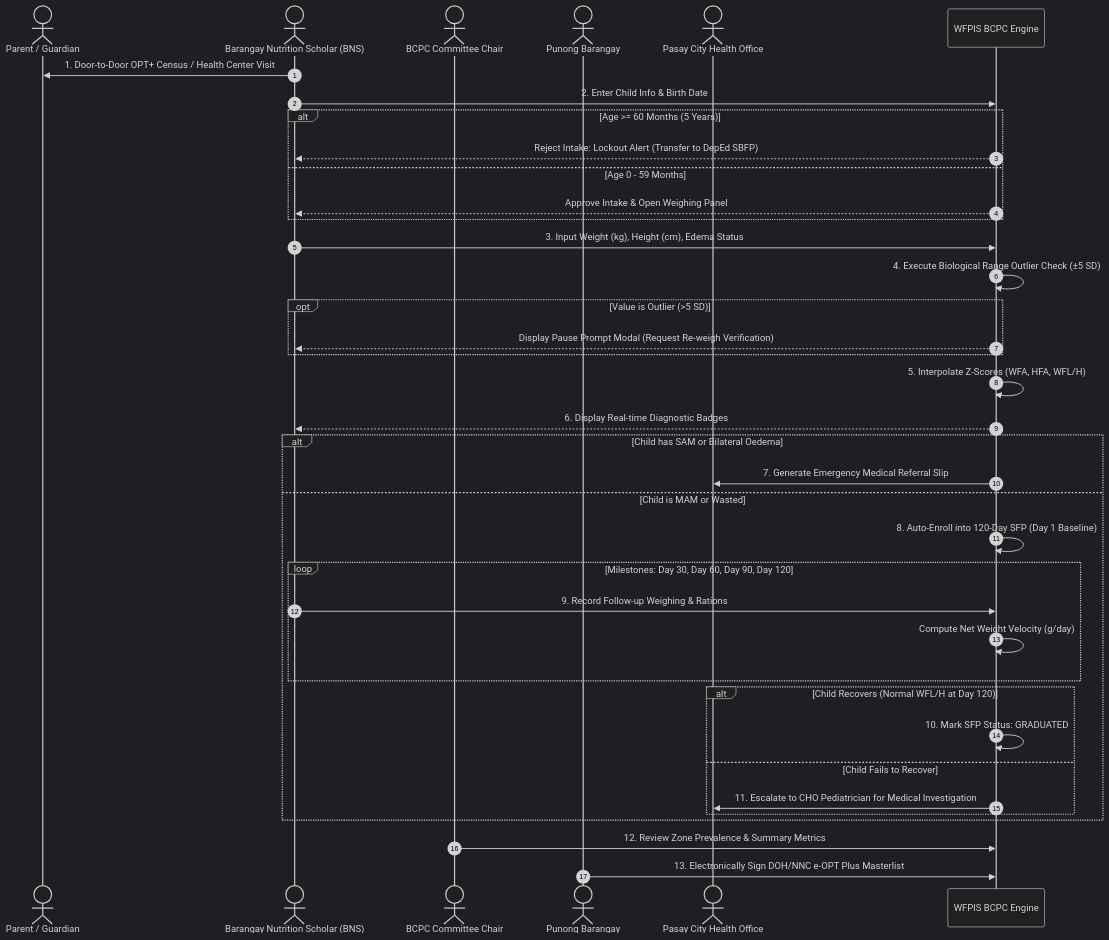
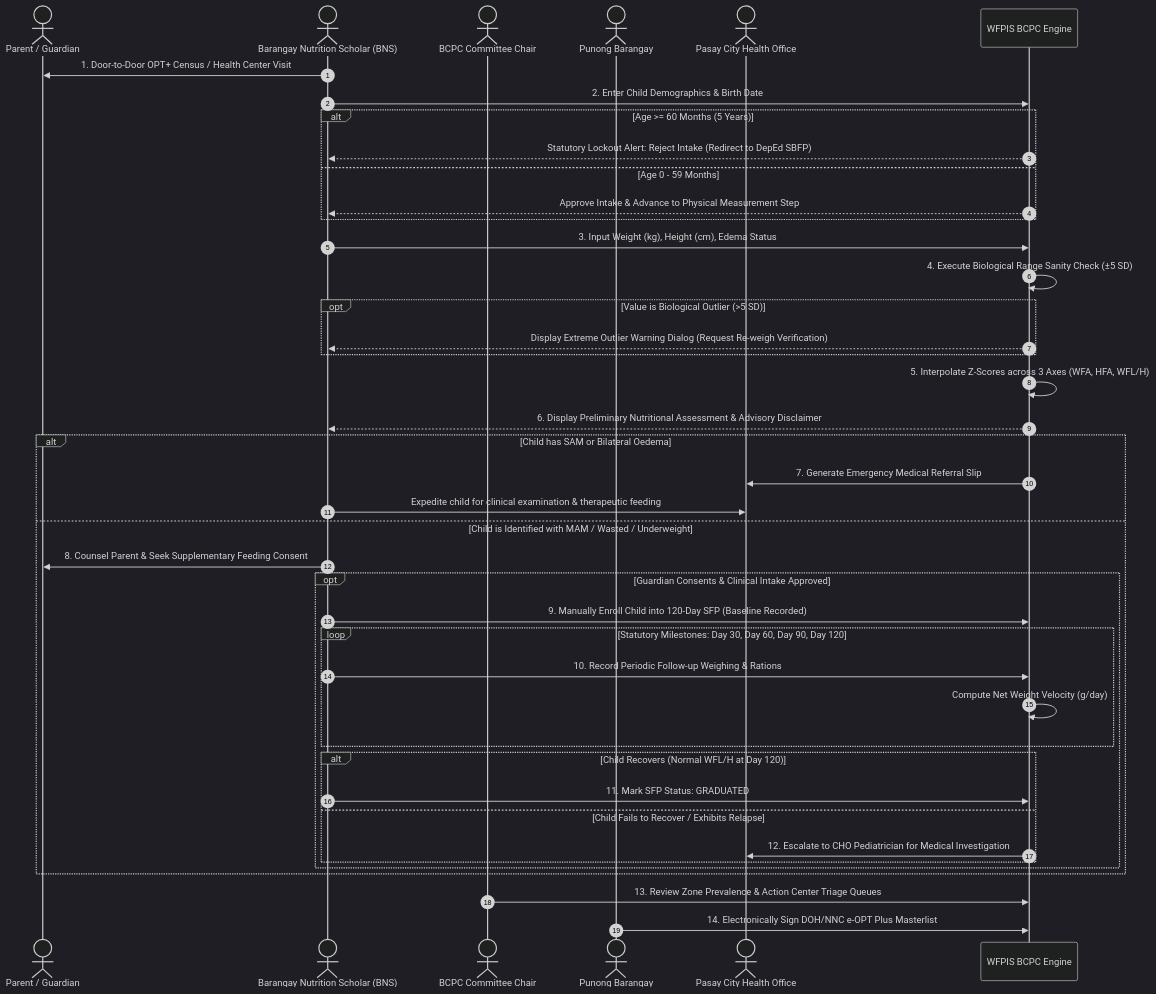
The diagram in docs/modules/bcpc/process_and_workflows.md (duustin25/women_and_family_new), drawn with Mermaid (dark theme) before and after one commit. The commit also changed other lines of this file and 58 other files, not shown here.

````diff
--- a/docs/modules/bcpc/process_and_workflows.md
+++ b/docs/modules/bcpc/process_and_workflows.md
@@ -11,44 +20,48 @@
 ```mermaid
 sequenceDiagram
     autonumber
     actor Parent as Parent / Guardian
     actor BNS as Barangay Nutrition Scholar (BNS)
     actor BCPC as BCPC Committee Chair
     actor PB as Punong Barangay
     actor CHO as Pasay City Health Office
     participant System as WFPIS BCPC Engine
 
     BNS->>Parent: 1. Door-to-Door OPT+ Census / Health Center Visit
-    BNS->>System: 2. Enter Child Info & Birth Date
+    BNS->>System: 2. Enter Child Demographics & Birth Date
     alt Age >= 60 Months (5 Years)
-        System-->>BNS: Reject Intake: Lockout Alert (Transfer to DepEd SBFP)
+        System-->>BNS: Statutory Lockout Alert: Reject Intake (Redirect to DepEd SBFP)
     else Age 0 - 59 Months
-        System-->>BNS: Approve Intake & Open Weighing Panel
+        System-->>BNS: Approve Intake & Advance to Physical Measurement Step
     end
     
     BNS->>System: 3. Input Weight (kg), Height (cm), Edema Status
-    System->>System: 4. Execute Biological Range Outlier Check (±5 SD)
-    opt Value is Outlier (>5 SD)
-        System-->>BNS: Display Pause Prompt Modal (Request Re-weigh Verification)
+    System->>System: 4. Execute Biological Range Sanity Check (±5 SD)
+    opt Value is Biological Outlier (>5 SD)
+        System-->>BNS: Display Extreme Outlier Warning Dialog (Request Re-weigh Verification)
     end
-    System->>System: 5. Interpolate Z-Scores (WFA, HFA, WFL/H)
-    System-->>BNS: 6. Display Real-time Diagnostic Badges
+    System->>System: 5. Interpolate Z-Scores across 3 Axes (WFA, HFA, WFL/H)
+    System-->>BNS: 6. Display Preliminary Nutritional Assessment & Advisory Disclaimer
 
     alt Child has SAM or Bilateral Oedema
         System->>CHO: 7. Generate Emergency Medical Referral Slip
-    else Child is MAM or Wasted
-        System->>System: 8. Auto-Enroll into 120-Day SFP (Day 1 Baseline)
-        loop Milestones: Day 30, Day 60, Day 90, Day 120
-            BNS->>System: 9. Record Follow-up Weighing & Rations
-            System->>System: Compute Net Weight Velocity (g/day)
-        end
-        alt Child Recovers (Normal WFL/H at Day 120)
-            System->>System: 10. Mark SFP Status: GRADUATED
-        else Child Fails to Recover
-            System->>CHO: 11. Escalate to CHO Pediatrician for Medical Investigation
+        BNS->>CHO: Expedite child for clinical examination & therapeutic feeding
+    else Child is Identified with MAM / Wasted / Underweight
+        BNS->>Parent: 8. Counsel Parent & Seek Supplementary Feeding Consent
+        opt Guardian Consents & Clinical Intake Approved
+            BNS->>System: 9. Manually Enroll Child into 120-Day SFP (Baseline Recorded)
+            loop Statutory Milestones: Day 30, Day 60, Day 90, Day 120
+                BNS->>System: 10. Record Periodic Follow-up Weighing & Rations
+                System->>System: Compute Net Weight Velocity (g/day)
+            end
+            alt Child Recovers (Normal WFL/H at Day 120)
+                BNS->>System: 11. Mark SFP Status: GRADUATED
+            else Child Fails to Recover / Exhibits Relapse
+                System->>CHO: 12. Escalate to CHO Pediatrician for Medical Investigation
+            end
         end
     end
 
-    BCPC->>System: 12. Review Zone Prevalence & Summary Metrics
-    PB->>System: 13. Electronically Sign DOH/NNC e-OPT Plus Masterlist
+    BCPC->>System: 13. Review Zone Prevalence & Action Center Triage Queues
+    PB->>System: 14. Electronically Sign DOH/NNC e-OPT Plus Masterlist
 ```
````
